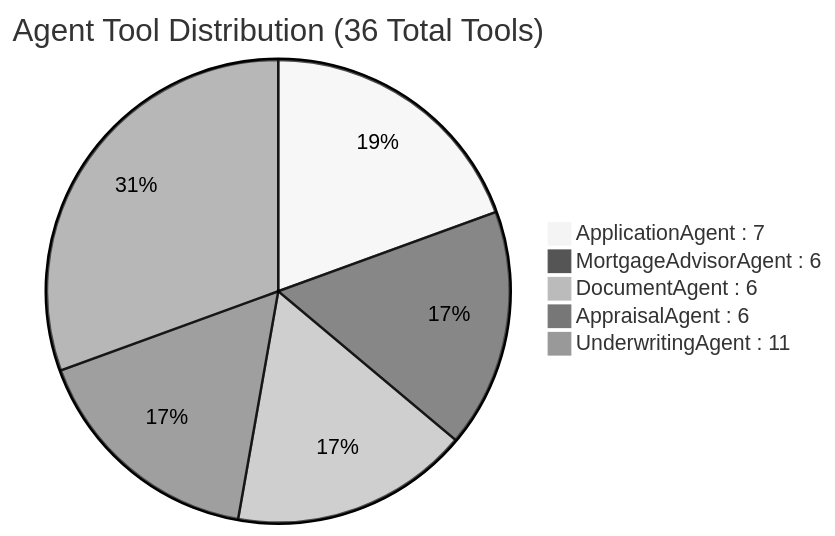
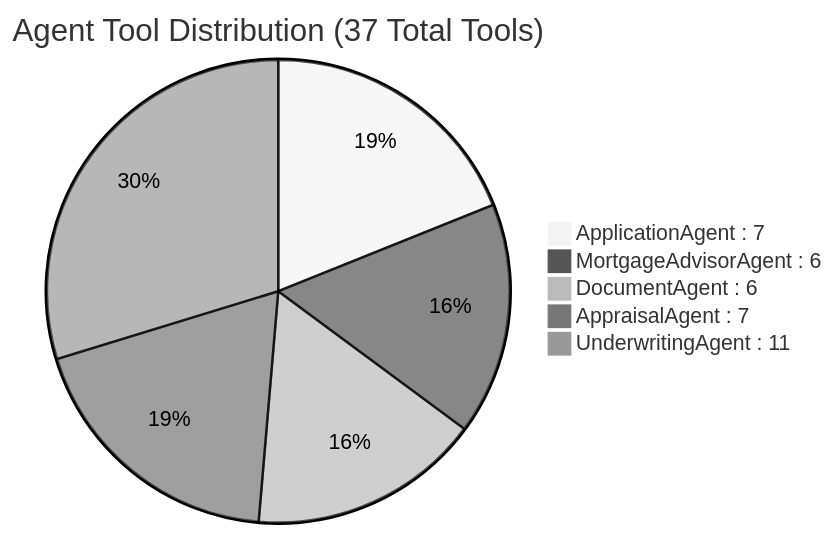
The fourth of 7 diagrams in docs/ARCHITECTURE_DIAGRAMS.md (rrbanda/mortgage-agents), drawn with Mermaid (neutral theme) before and after one commit. The commit also changed other lines of this file, not shown here.

First line of the commit message:
docs: Update ARCHITECTURE_DIAGRAMS.md with appraisal scheduling feature

````diff
--- a/docs/ARCHITECTURE_DIAGRAMS.md
+++ b/docs/ARCHITECTURE_DIAGRAMS.md
@@ -240,8 +232,8 @@
 ```mermaid
-pie title Agent Tool Distribution (36 Total Tools)
+pie title Agent Tool Distribution (37 Total Tools)
     "ApplicationAgent : 7" : 7
     "MortgageAdvisorAgent : 6" : 6
     "DocumentAgent : 6" : 6
-    "AppraisalAgent : 6" : 6
+    "AppraisalAgent : 7" : 7
     "UnderwritingAgent : 11" : 11
 ```
````
